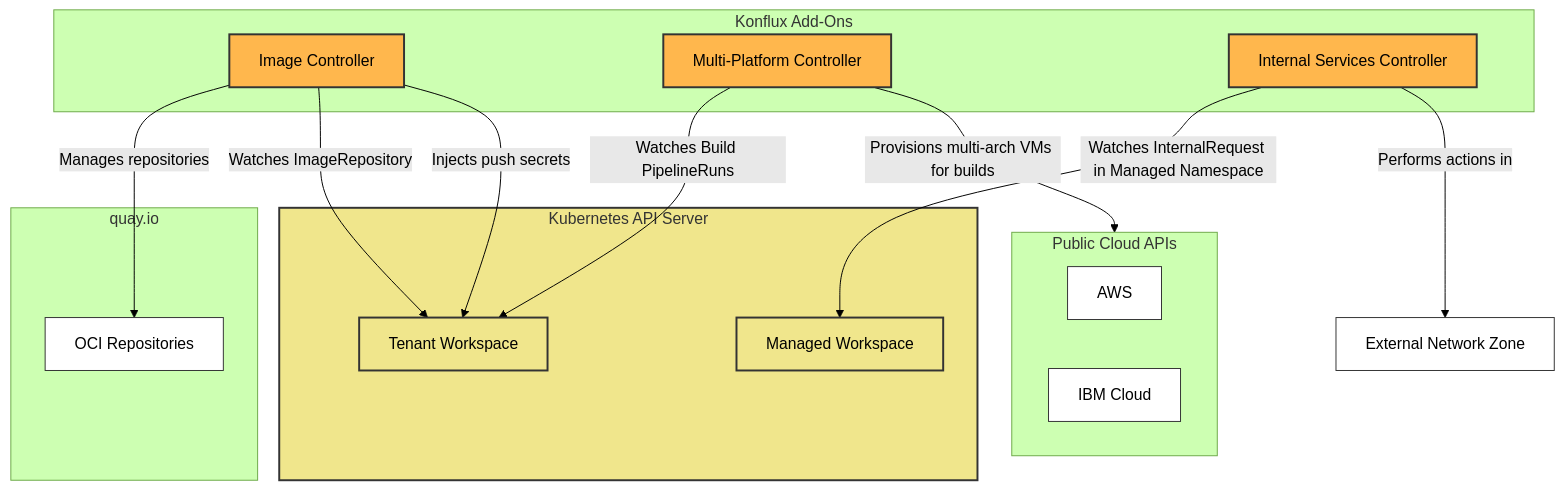
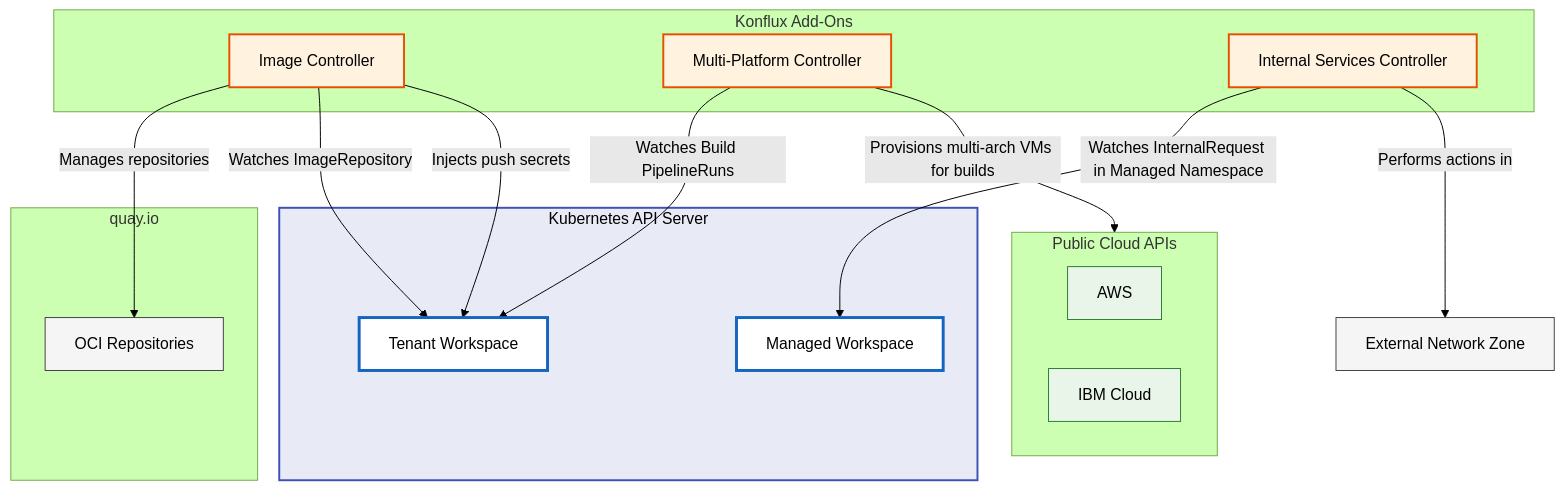
One commit to konflux-ci/architecture changed the second of 2 diagrams in architecture/add-ons/index.md. Above: the diagram before and after it, drawn with Mermaid (forest theme). The commit also changed other lines of this file and 1 other file, not shown here.

````diff
--- a/architecture/add-ons/index.md
+++ b/architecture/add-ons/index.md
@@ -96,41 +98,41 @@
 ```mermaid
 graph TD
     subgraph Konflux Add-Ons
         IC[Image Controller]
         MPC[Multi-Platform Controller]
         ISC[Internal Services Controller]
     end
 
     subgraph quayio[quay.io]
         OCI[OCI Repositories]
     end
 
     subgraph cloudapis[Public Cloud APIs]
         AWS[AWS]
         IBM[IBM Cloud]
     end
 
     subgraph kubeapi[Kubernetes API Server]
         TW[Tenant Workspace]
         MW[Managed Workspace]
     end
 
     IC -- Manages repositories --> OCI
     IC -- Watches ImageRepository --> TW
     IC -- Injects push secrets --> TW
     MPC -- Provisions multi-arch VMs for builds --> cloudapis
     MPC -- Watches Build PipelineRuns --> TW
     ISC -- Watches InternalRequest in Managed Namespace --> MW
     ISC -- Performs actions in --> EXT[External Network Zone]
 
-    style IC fill:#ffb74d,stroke:#333,stroke-width:2px;
-    style MPC fill:#ffb74d,stroke:#333,stroke-width:2px;
-    style ISC fill:#ffb74d,stroke:#333,stroke-width:2px;
-    style kubeapi fill:#f0e68c,stroke:#333,stroke-width:2px;
-    style TW fill:#f0e68c,stroke:#333,stroke-width:2px;
-    style MW fill:#f0e68c,stroke:#333,stroke-width:2px;
-    style AWS fill:#fff,stroke:#333,stroke-width:1px;
-    style IBM fill:#fff,stroke:#333,stroke-width:1px;
-    style EXT fill:#fff,stroke:#333,stroke-width:1px;
-    style OCI fill:#fff,stroke:#333,stroke-width:1px;
+    style IC fill:#fff3e0,stroke:#e65100,stroke-width:2px,color:#000000;
+    style MPC fill:#fff3e0,stroke:#e65100,stroke-width:2px,color:#000000;
+    style ISC fill:#fff3e0,stroke:#e65100,stroke-width:2px,color:#000000;
+    style kubeapi fill:#e8eaf6,stroke:#3f51b5,stroke-width:2px,color:#000000;
+    style TW fill:#ffffff,stroke:#1565c0,stroke-width:3px,color:#000000;
+    style MW fill:#ffffff,stroke:#1565c0,stroke-width:3px,color:#000000;
+    style AWS fill:#e8f5e8,stroke:#2e7d32,stroke-width:1px,color:#000000;
+    style IBM fill:#e8f5e8,stroke:#2e7d32,stroke-width:1px,color:#000000;
+    style EXT fill:#f5f5f5,stroke:#424242,stroke-width:1px,color:#000000;
+    style OCI fill:#f5f5f5,stroke:#424242,stroke-width:1px,color:#000000;
 ```
````
